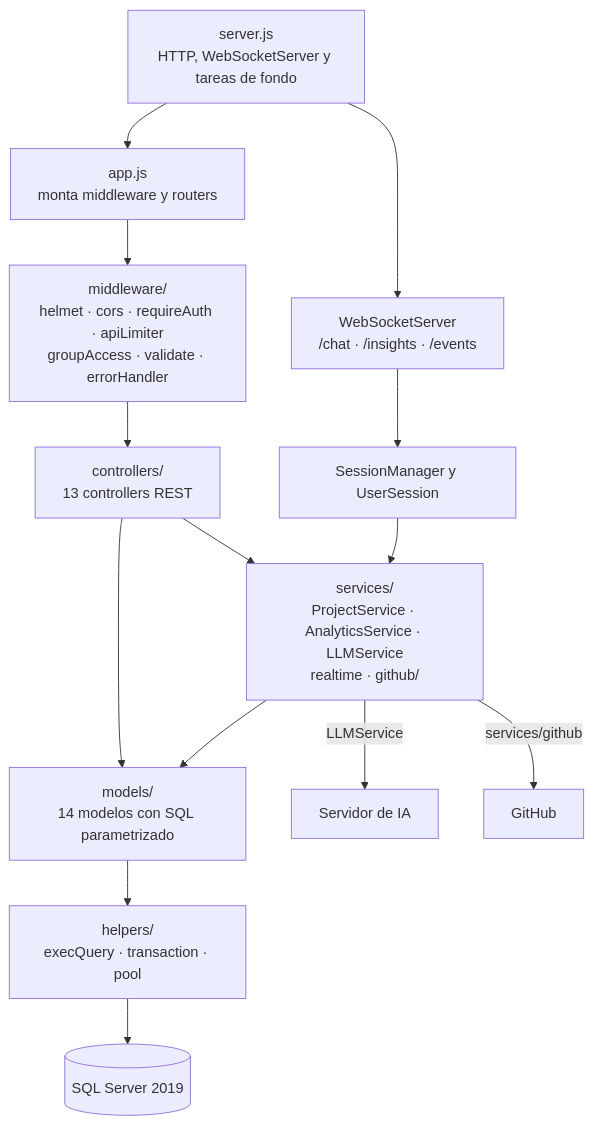
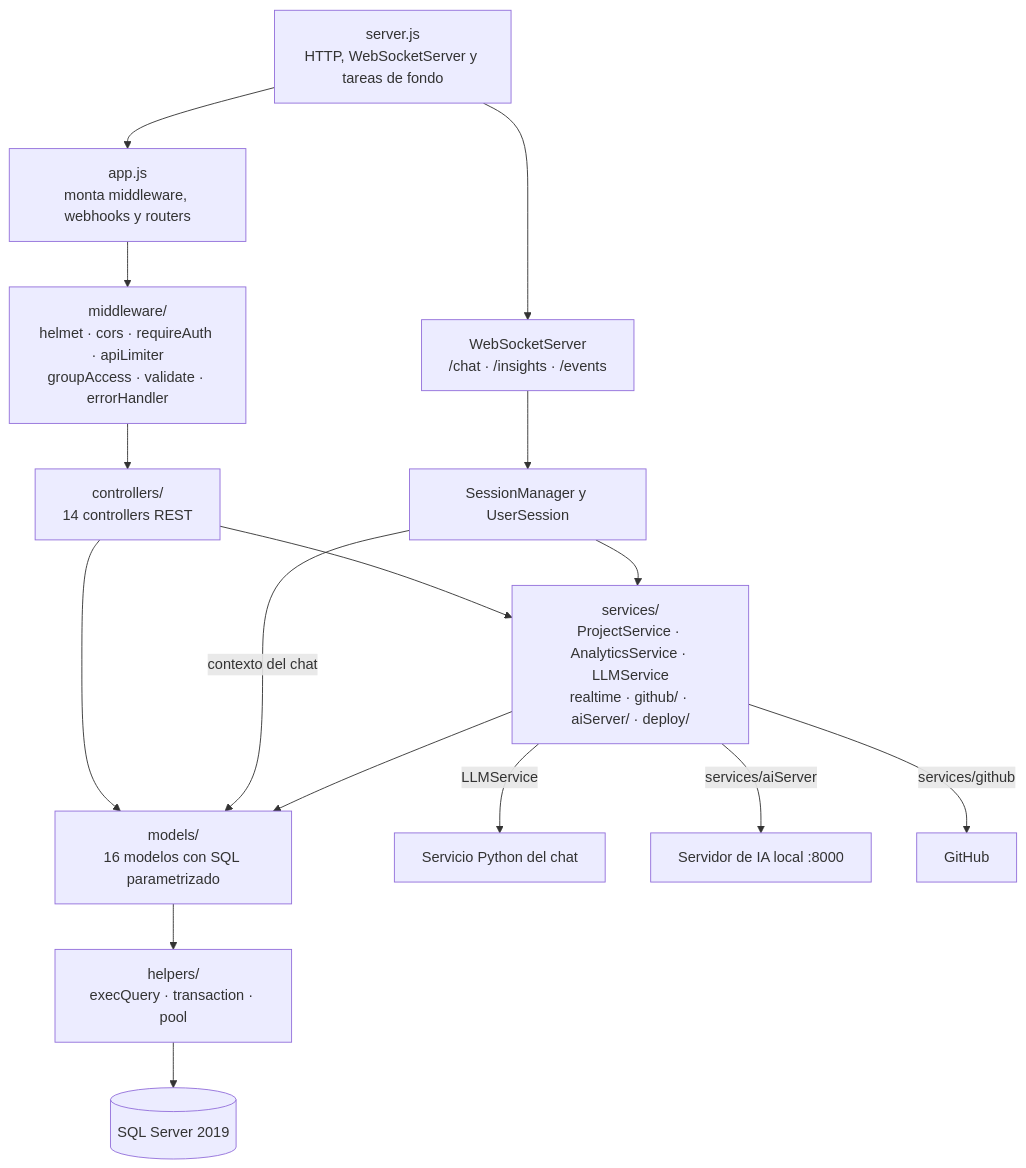
Before and after one commit to PabloP150/proyecto-is-cc6: the second of 3 diagrams in documentacion/02-arquitectura/00-capas-del-codigo.md, drawn with Mermaid. The commit also changed other lines of this file and 204 other files, not shown here.

First line of the commit message:
docs: update all documentation, diagrams and PNGs to the test/e2e state

````diff
--- a/documentacion/02-arquitectura/00-capas-del-codigo.md
+++ b/documentacion/02-arquitectura/00-capas-del-codigo.md
@@ -40,25 +46,28 @@
 ```mermaid
 flowchart TB
     srv["server.js<br/>HTTP, WebSocketServer y tareas de fondo"]
-    app["app.js<br/>monta middleware y routers"]
+    app["app.js<br/>monta middleware, webhooks y routers"]
     mw["middleware/<br/>helmet · cors · requireAuth · apiLimiter<br/>groupAccess · validate · errorHandler"]
-    ctrl["controllers/<br/>13 controllers REST"]
+    ctrl["controllers/<br/>14 controllers REST"]
     ws["WebSocketServer<br/>/chat · /insights · /events"]
     sess["SessionManager y UserSession"]
-    svc["services/<br/>ProjectService · AnalyticsService · LLMService<br/>realtime · github/"]
-    mdl["models/<br/>14 modelos con SQL parametrizado"]
+    svc["services/<br/>ProjectService · AnalyticsService · LLMService<br/>realtime · github/ · aiServer/ · deploy/"]
+    mdl["models/<br/>16 modelos con SQL parametrizado"]
     hlp["helpers/<br/>execQuery · transaction · pool"]
     db[("SQL Server 2019")]
-    py["Servidor de IA"]
+    py["Servicio Python del chat"]
+    ai["Servidor de IA local :8000"]
     ghapi["GitHub"]
 
     srv --> app --> mw --> ctrl
     srv --> ws --> sess
     ctrl --> svc
     ctrl --> mdl
     sess --> svc
+    sess -->|"contexto del chat"| mdl
     svc --> mdl
     mdl --> hlp --> db
     svc -->|"LLMService"| py
+    svc -->|"services/aiServer"| ai
     svc -->|"services/github"| ghapi
 ```
````
